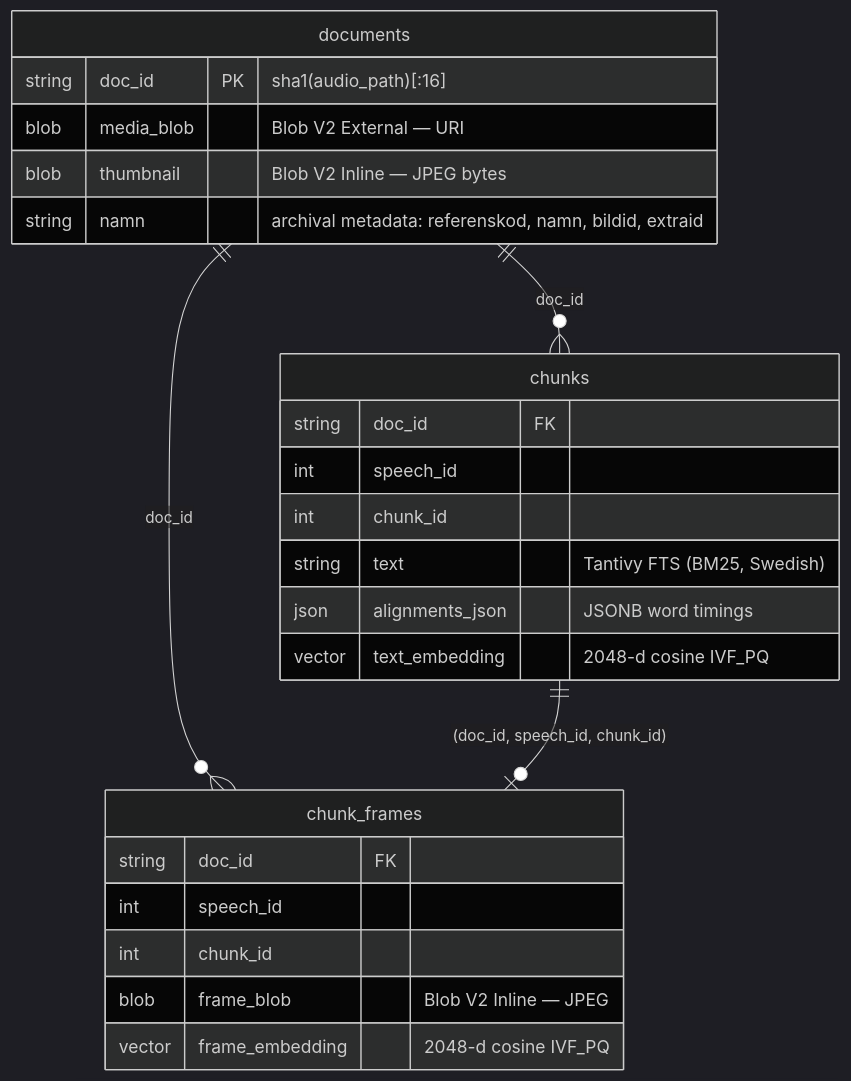
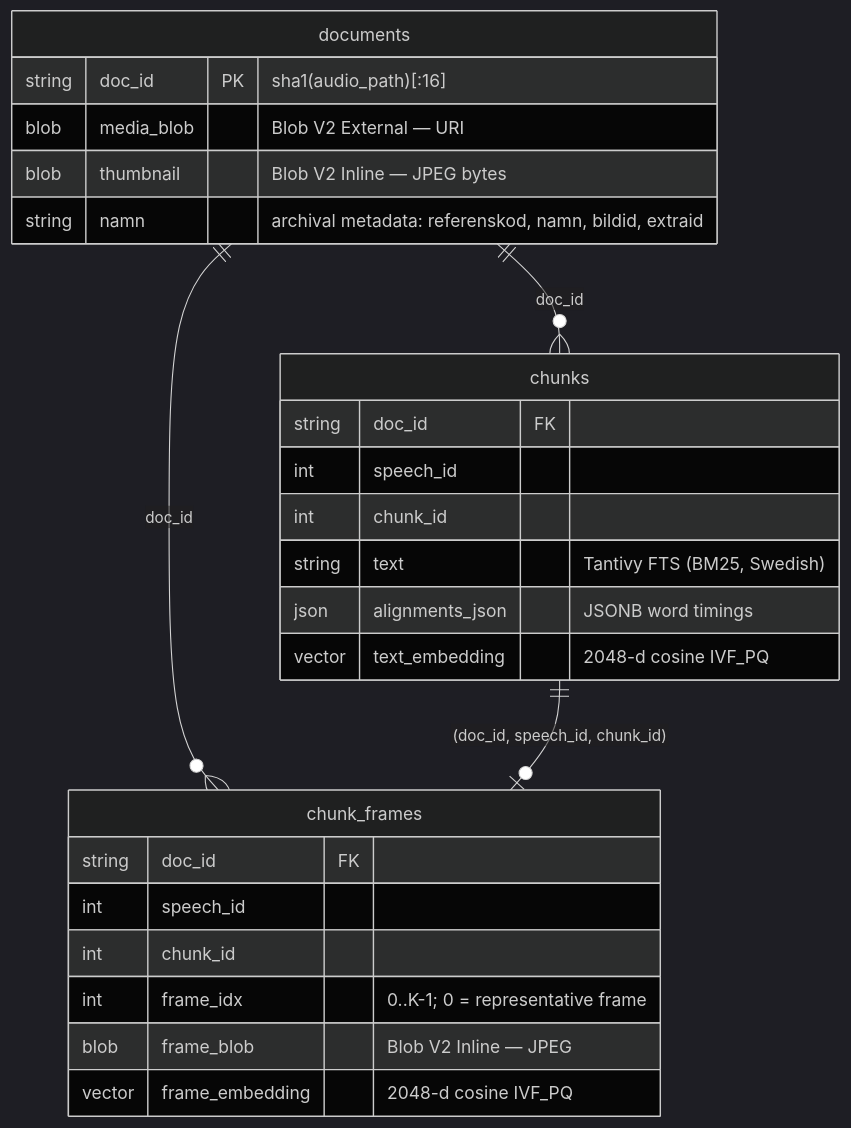
Before and after one commit to Borg93/lance-audio-demo: the second of 4 diagrams in GUIDE.md, drawn with Mermaid (dark theme). The commit also changed other lines of this file and 16 other files, not shown here.

First line of the commit message:
Split cli.py into a cli/ package; sync docs to current architecture

````diff
--- a/GUIDE.md
+++ b/GUIDE.md
@@ -115,28 +115,29 @@
 ```mermaid
 erDiagram
     documents ||--o{ chunks : "doc_id"
     documents ||--o{ chunk_frames : "doc_id"
     chunks ||--o| chunk_frames : "(doc_id, speech_id, chunk_id)"
 
     documents {
         string doc_id PK "sha1(audio_path)[:16]"
         blob media_blob "Blob V2 External — URI"
         blob thumbnail "Blob V2 Inline — JPEG bytes"
         string namn "archival metadata: referenskod, namn, bildid, extraid"
     }
     chunks {
         string doc_id FK
         int speech_id
         int chunk_id
         string text "Tantivy FTS (BM25, Swedish)"
         json alignments_json "JSONB word timings"
         vector text_embedding "2048-d cosine IVF_PQ"
     }
     chunk_frames {
         string doc_id FK
         int speech_id
         int chunk_id
+        int frame_idx "0..K-1; 0 = representative frame"
         blob frame_blob "Blob V2 Inline — JPEG"
         vector frame_embedding "2048-d cosine IVF_PQ"
     }
 ```
````
